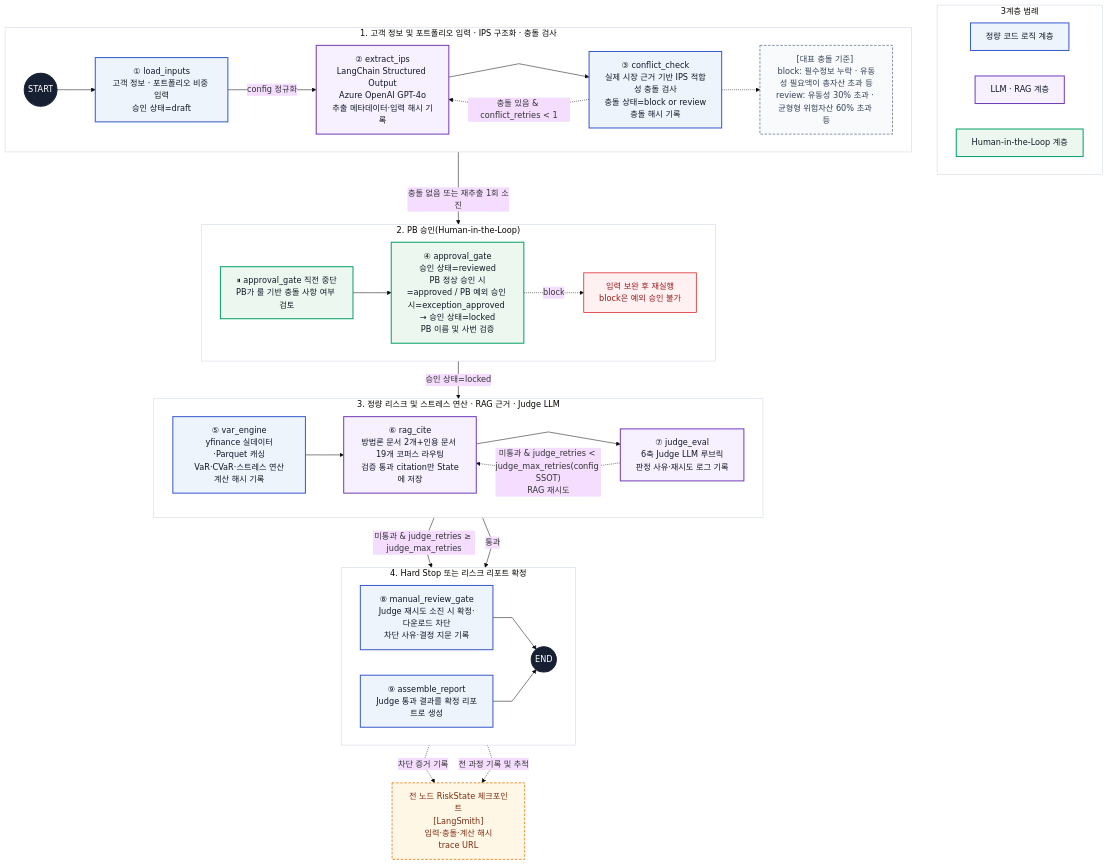
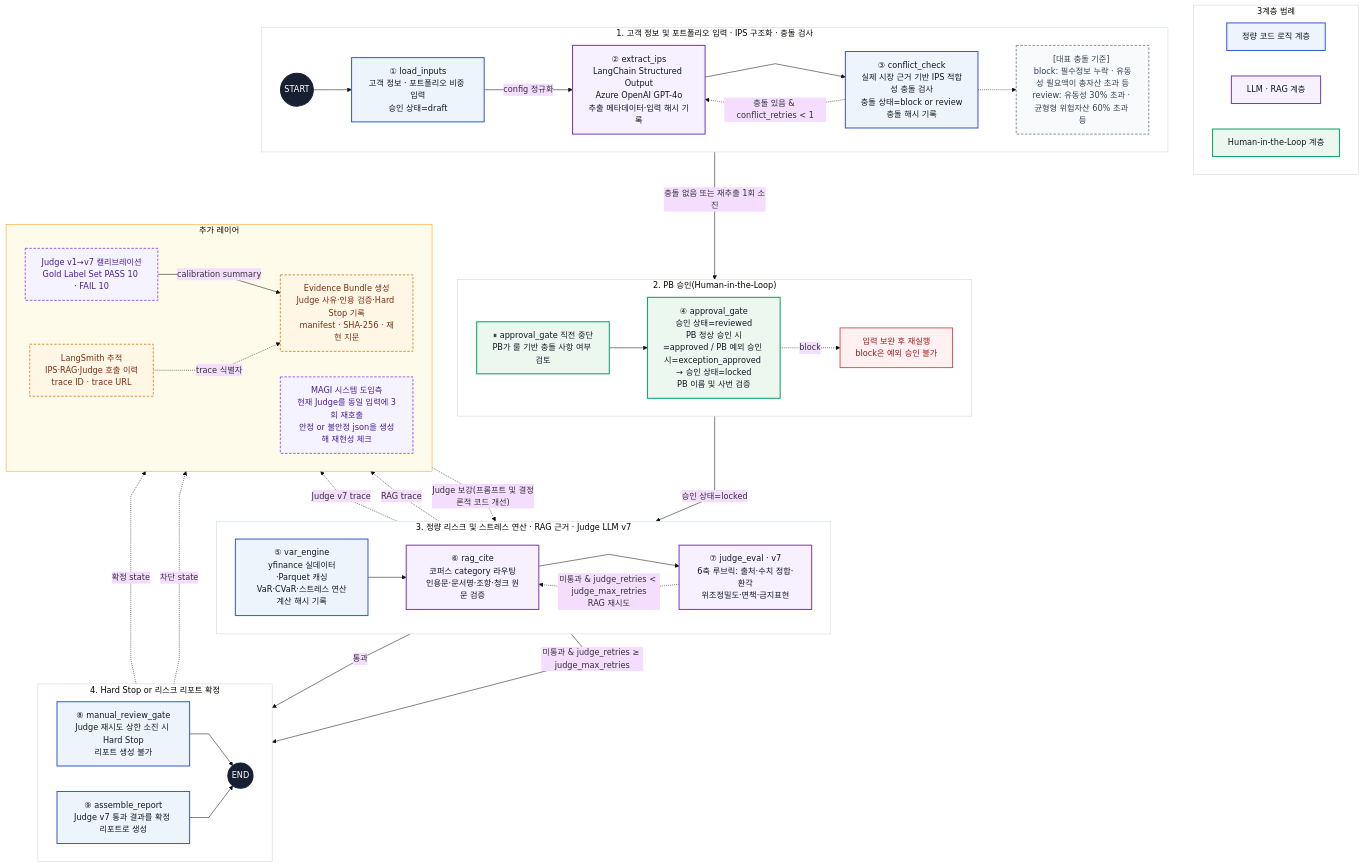
One commit to SamsungSecurities-YoungCreator-15th-4/S_Hub changed the diagram in README.md. Above: the diagram before and after it, drawn with Mermaid.

Commit message:
docs: README Mermaid 아키텍처 최신화

````diff
--- a/README.md
+++ b/README.md
@@ -6,7 +6,11 @@
 ```mermaid
 %%{init: {"theme": "base", "flowchart": {"htmlLabels": true, "curve": "linear"}}}%%
+%% S.ymphony Mermaid 아키텍처
+%% 실제 LangGraph 노드 9개 · 실행 단계 4개 · 아키텍처 계층 3개 · 조건부 루프 2개 · HITL 1개
+%% MAGI·Evidence Bundle·LangSmith는 그래프 밖 감사·관측 레이어이며 런타임 판정을 바꾸지 않음
 flowchart TB
 
+    %% 실행 흐름과 분리된 아키텍처 계층 범례
     subgraph LEGEND["3계층 범례"]
         direction LR
         KEY_DET["정량 코드 로직 계층"]
@@ -14,6 +18,7 @@
         KEY_HITL["Human-in-the-Loop 계층"]
     end
 
+    %% 1단계: 고객 정보 및 포트폴리오 입력, IPS 구조화, 충돌 검사
     subgraph STEP1["1. 고객 정보 및 포트폴리오 입력 · IPS 구조화 · 충돌 검사"]
         direction LR
         START((START))
@@ -29,6 +34,7 @@
         N3 -.-> CONFLICT
     end
 
+    %% 2단계: PB 승인(Human-in-the-Loop)
     subgraph STEP2["2. PB 승인(Human-in-the-Loop)"]
         direction LR
         PAUSE["⏸ approval_gate 직전 중단<br/>PB가 룰 기반 충돌 사항 여부 검토"]
@@ -39,42 +45,61 @@
         N4 -. "block" .-> STOP
     end
 
-    subgraph STEP3["3. 정량 리스크 및 스트레스 연산 · RAG 근거 · Judge LLM"]
+    %% 3단계: 정량 리스크 엔진, XAI, Judge v7 검증 및 추적
+    subgraph STEP3["3. 정량 리스크 및 스트레스 연산 · RAG 근거 · Judge LLM v7"]
         direction LR
         N5["⑤ var_engine<br/>yfinance 실데이터·Parquet 캐싱<br/>VaR·CVaR·스트레스 연산<br/>계산 해시 기록"]
-        N6["⑥ rag_cite<br/>방법론 문서 2개+인용 문서 19개 코퍼스 라우팅<br/>검증 통과 citation만 State에 저장"]
-        N7["⑦ judge_eval<br/>6축 Judge LLM 루브릭<br/>판정 사유·재시도 로그 기록"]
+        N6["⑥ rag_cite<br/>코퍼스 category 라우팅<br/>인용문·문서명·조항·청크 원문 검증"]
+        N7["⑦ judge_eval · v7<br/>6축 루브릭: 출처·수치 정합·환각<br/>위조정밀도·면책·금지표현"]
 
         N5 --> N6
         N6 --> N7
-        N7 -. "미통과 & judge_retries < judge_max_retries(config SSOT)<br/>RAG 재시도" .-> N6
+        N7 -. "미통과 & judge_retries < judge_max_retries<br/>RAG 재시도" .-> N6
     end
 
-    subgraph STEP4["4. Hard Stop 또는 리스크 리포트 확정"]
+    %% 4단계: Hard Stop 또는 최종 리스크 리포트 확정
+    subgraph STEP4["4. Hard Stop or 리스크 리포트 확정"]
         direction LR
-        N8["⑧ manual_review_gate<br/>Judge 재시도 소진 시 확정·다운로드 차단<br/>차단 사유·결정 지문 기록"]
-        N9["⑨ assemble_report<br/>Judge 통과 결과를 확정 리포트로 생성"]
+        N8["⑧ manual_review_gate<br/>Judge 재시도 상한 소진 시 Hard Stop<br/>리포트 생성 불가"]
+        N9["⑨ assemble_report<br/>Judge v7 통과 결과를 확정 리포트로 생성"]
         END((END))
 
         N8 --> END
         N9 --> END
     end
 
+    %% 단계 간 기본 실행 경로
     N3 -->|"충돌 없음 또는 재추출 1회 소진"| PAUSE
     N4 -->|"승인 상태=locked"| N5
     N7 -->|"미통과 & judge_retries ≥ judge_max_retries"| N8
     N7 -->|"통과"| N9
 
-    AUDIT["전 노드 RiskState 체크포인트<br/>[LangSmith]<br/>입력·충돌·계산 해시<br/>trace URL"]
-    N8 -. "차단 증거 기록" .-> AUDIT
-    N9 -. "전 과정 기록 및 추적" .-> AUDIT
+    %% 그래프 외 감사·관측 레이어: 런타임 판정과 분리
+    subgraph PROOF["추가 레이어"]
+        direction LR
+        CAL["Judge v1→v7 캘리브레이션<br/>Gold Label Set PASS 10 · FAIL 10"]
+        TRACE["LangSmith 추적<br/>IPS·RAG·Judge 호출 이력<br/>trace ID · trace URL"]
+        BUNDLE["Evidence Bundle 생성<br/>Judge 사유·인용 검증·Hard Stop 기록<br/>manifest · SHA-256 · 재현 지문"]
+        MAGI["MAGI 시스템 도입측<br/>현재 Judge를 동일 입력에 3회 재호출<br/>안정 or 불안정 json을 생성해 재현성 체크"]
 
+        CAL -->|"calibration summary"| BUNDLE
+    end
+
+    CAL -. "Judge 보강(프롬프트 및 결정론적 코드 개선)" .-> N7
+    N6 -. "RAG trace" .-> TRACE
+    N7 -. "Judge v7 trace" .-> TRACE
+    N8 -. "차단 state" .-> BUNDLE
+    N9 -. "확정 state" .-> BUNDLE
+    TRACE -. "trace 식별자" .-> BUNDLE
+
+    %% 3계층은 실행 순서를 유지한 채 노드 색상으로 구분
     classDef deterministic fill:#EDF4FC,stroke:#3B5CCC,color:#111827,stroke-width:2px;
     classDef llmNode fill:#F6F0FF,stroke:#7440B8,color:#111827,stroke-width:2px;
     classDef hitlNode fill:#ECF8EF,stroke:#08A26A,color:#111827,stroke-width:2px;
     classDef terminal fill:#172033,stroke:#172033,color:#FFFFFF,stroke-width:2px;
     classDef stop fill:#FFF1F2,stroke:#DC2626,color:#991B1B,stroke-width:1.5px;
     classDef audit fill:#FFF7E6,stroke:#D97706,color:#7C2D12,stroke-width:1.5px,stroke-dasharray:5 3;
+    classDef stability fill:#F5F3FF,stroke:#7C3AED,color:#4C1D95,stroke-width:1.5px,stroke-dasharray:5 3;
     classDef note fill:#F8FAFC,stroke:#64748B,color:#334155,stroke-width:1.5px,stroke-dasharray:5 3;
 
     class KEY_DET,N1,N3,N5,N8,N9 deterministic;
@@ -82,7 +107,8 @@
     class KEY_HITL,PAUSE,N4 hitlNode;
     class START,END terminal;
     class STOP stop;
-    class AUDIT audit;
+    class TRACE,BUNDLE audit;
+    class CAL,MAGI stability;
     class CONFLICT note;
 
     style LEGEND fill:#FFFFFF,stroke:#CBD5E1,stroke-width:1px
@@ -90,4 +116,5 @@
     style STEP2 fill:#FFFFFF,stroke:#CBD5E1,stroke-width:1px
     style STEP3 fill:#FFFFFF,stroke:#CBD5E1,stroke-width:1px
     style STEP4 fill:#FFFFFF,stroke:#CBD5E1,stroke-width:1px
+    style PROOF fill:#FFFBEB,stroke:#F59E0B,stroke-width:1px
 ```
````
